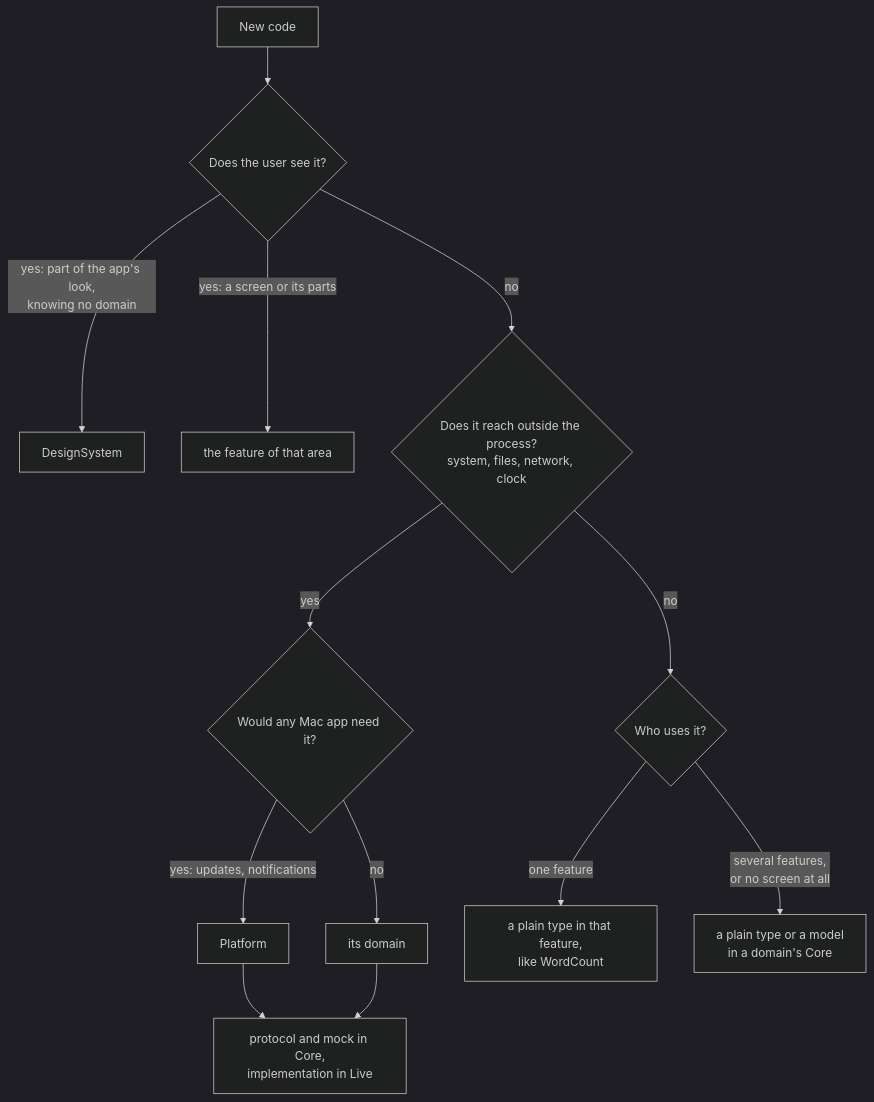
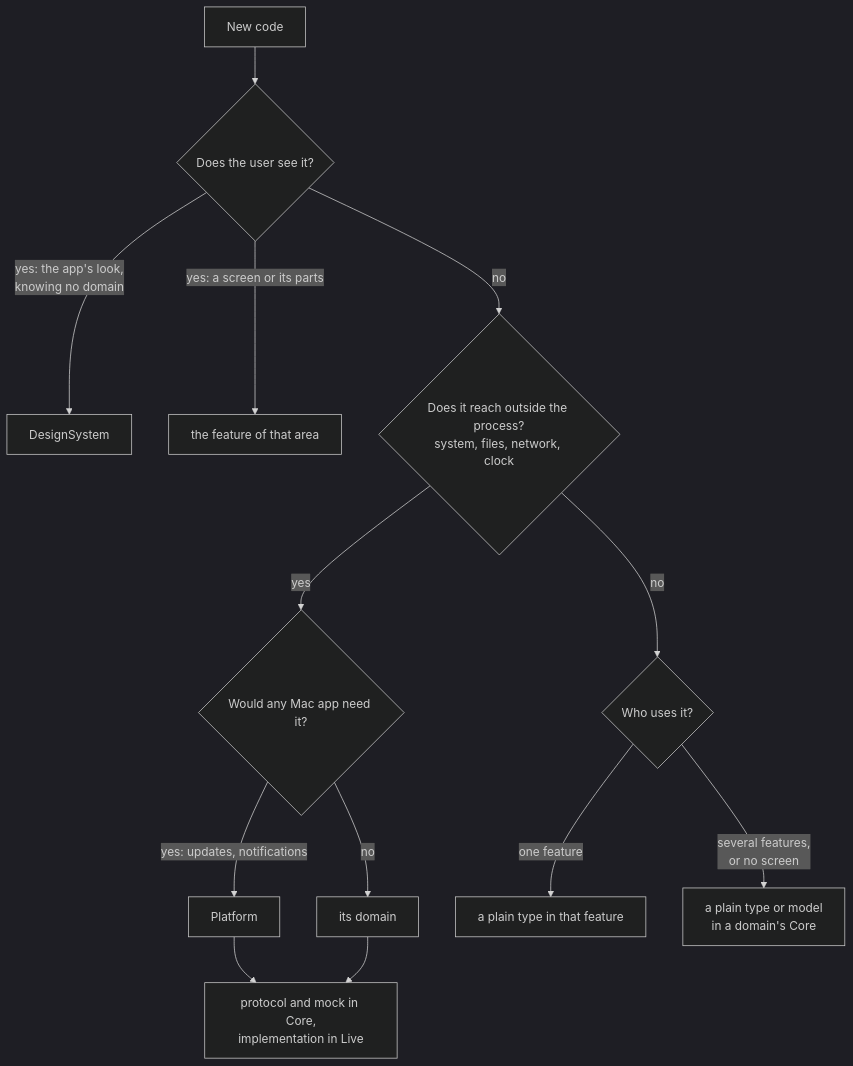
One commit to chengzi-io/macos-swiftui-spm-template changed the third of 4 diagrams in docs/ARCHITECTURE.md. Above: the diagram before and after it, drawn with Mermaid (dark theme). The commit also changed other lines of this file and 7 other files, not shown here.

First line of the commit message:
docs: trim README, DEVELOPMENT and ARCHITECTURE to one topic each (#7)

````diff
--- a/docs/ARCHITECTURE.md
+++ b/docs/ARCHITECTURE.md
@@ -106,15 +61,15 @@
 ```mermaid
 flowchart TD
     start["New code"] --> see{"Does the user see it?"}
-    see -->|"yes: part of the app's look,<br/>knowing no domain"| ds["DesignSystem"]
+    see -->|"yes: the app's look,<br/>knowing no domain"| ds["DesignSystem"]
     see -->|"yes: a screen or its parts"| feature["the feature of that area"]
     see -->|no| outside{"Does it reach outside the process?<br/>system, files, network, clock"}
     outside -->|yes| anyApp{"Would any Mac app need it?"}
     anyApp -->|"yes: updates, notifications"| platform["Platform"]
     anyApp -->|no| domain["its domain"]
     platform --> split["protocol and mock in Core,<br/>implementation in Live"]
     domain --> split
     outside -->|no| users{"Who uses it?"}
-    users -->|one feature| beside["a plain type in that feature,<br/>like WordCount"]
-    users -->|"several features,<br/>or no screen at all"| core["a plain type or a model<br/>in a domain's Core"]
+    users -->|one feature| beside["a plain type in that feature"]
+    users -->|"several features,<br/>or no screen"| core["a plain type or model<br/>in a domain's Core"]
 ```
````
